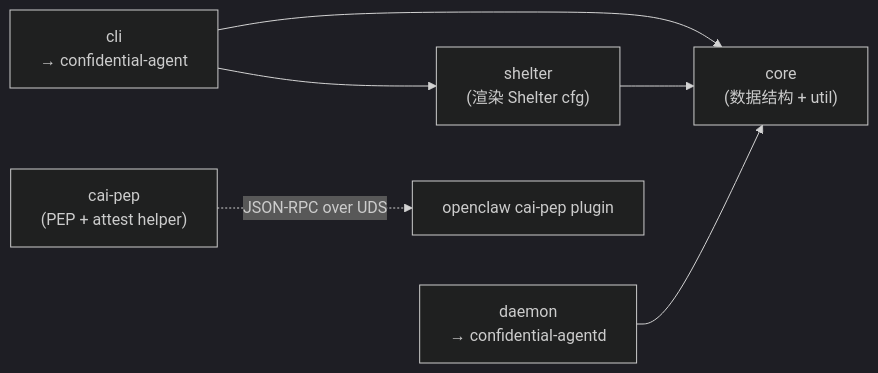
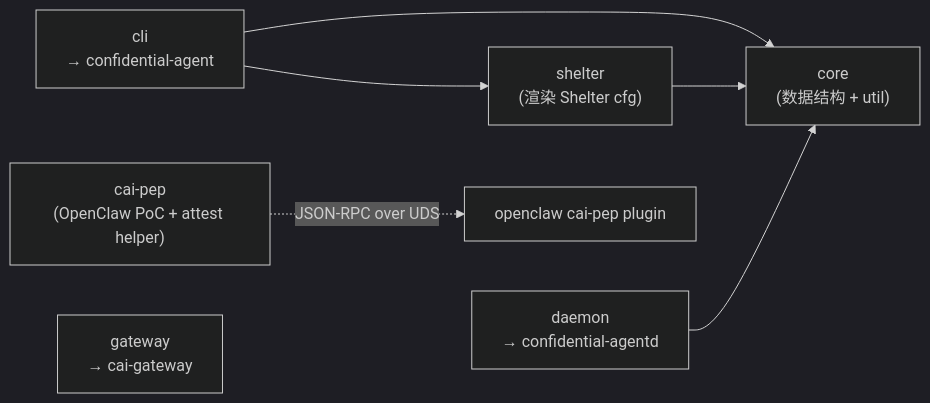
Before and after one commit to inclavare-containers/confidential-agent: the first of 7 diagrams in docs/architecture.md, drawn with Mermaid (dark theme). The commit also changed other lines of this file and 10 other files, not shown here.

````diff
--- a/docs/architecture.md
+++ b/docs/architecture.md
@@ -9,14 +9,15 @@
 ```mermaid
 flowchart LR
     core["core<br/>(数据结构 + util)"]
     shelter["shelter<br/>(渲染 Shelter cfg)"]
     cli["cli<br/>→ confidential-agent"]
     daemon["daemon<br/>→ confidential-agentd"]
-    pep["cai-pep<br/>(PEP + attest helper)"]
+    pep["cai-pep<br/>(OpenClaw PoC + attest helper)"]
+    gateway["gateway<br/>→ cai-gateway"]
 
     cli --> core
     cli --> shelter
     shelter --> core
     daemon --> core
     pep -. "JSON-RPC over UDS" .-> appplugin["openclaw cai-pep plugin"]
 ```
````
